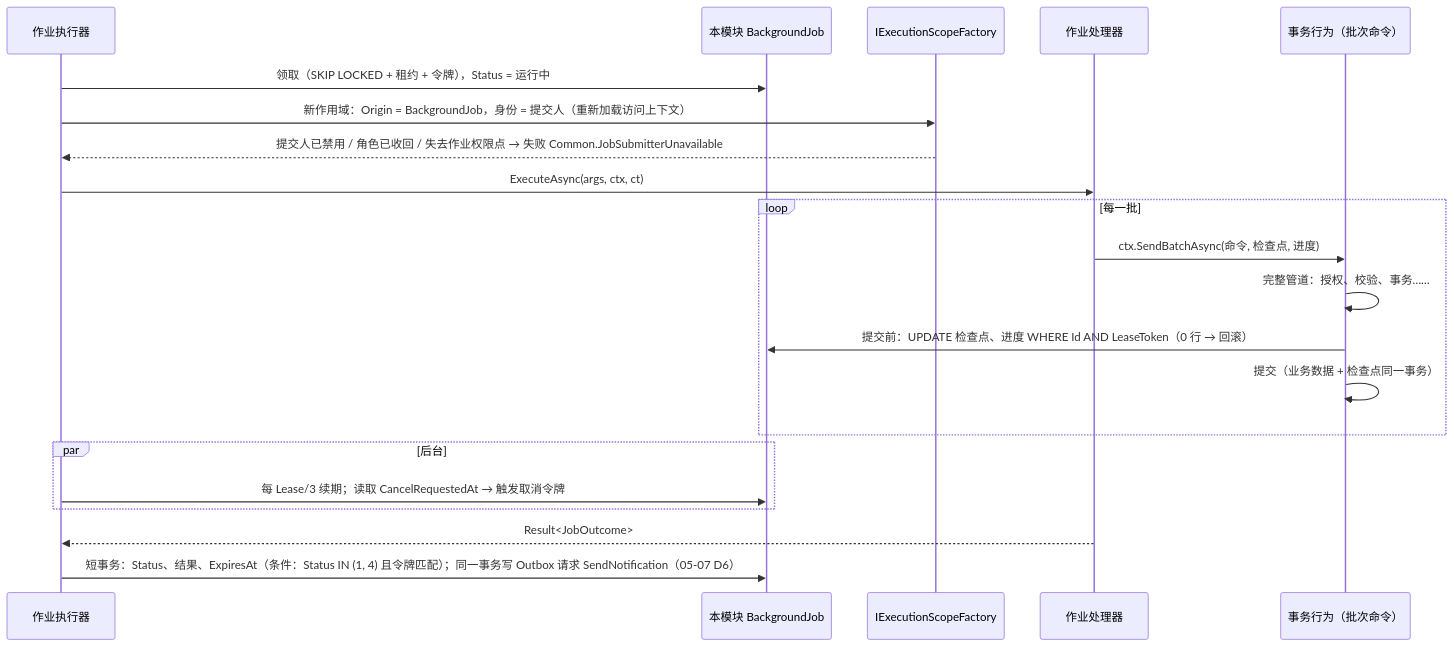
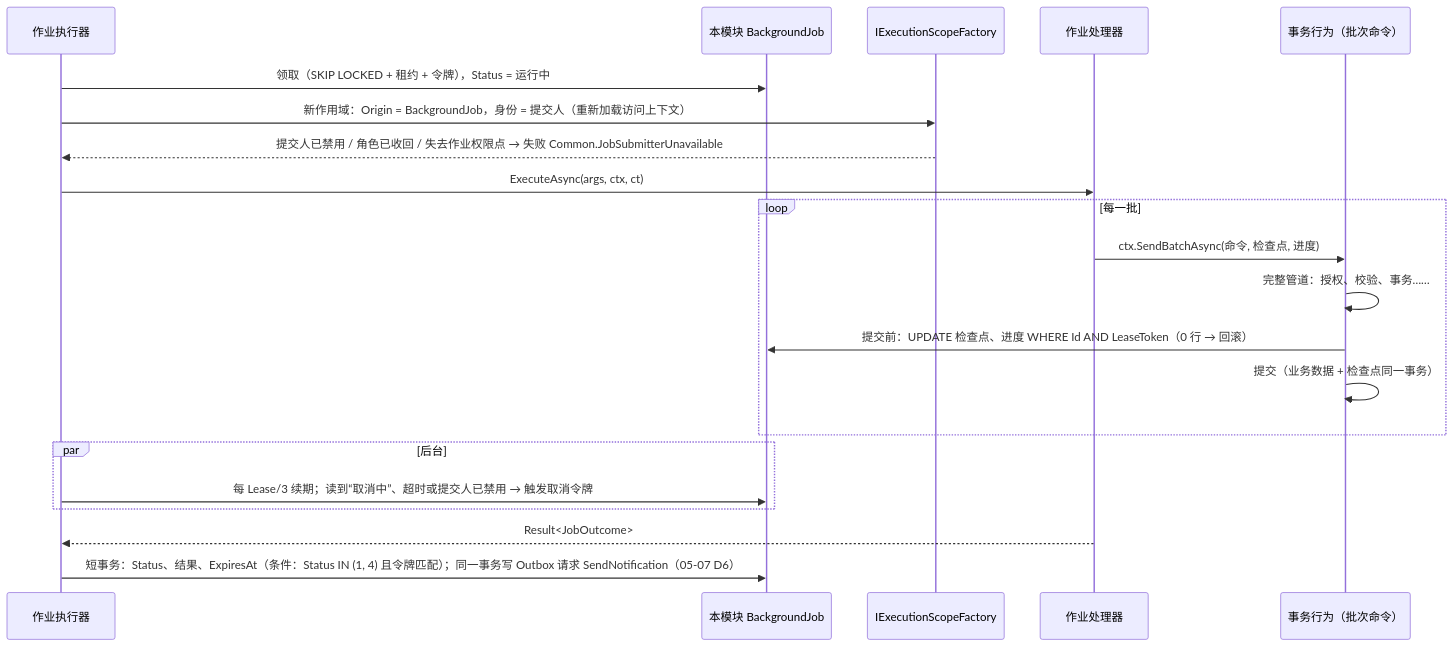
The fourth of 4 diagrams in docs/framework/05-infrastructure/05-08-后台处理.md (gw-hhh/KMIC.Platform), drawn with Mermaid before and after one commit. The commit also changed other lines of this file and 37 other files, not shown here.

````diff
--- a/docs/framework/05-infrastructure/05-08-后台处理.md
+++ b/docs/framework/05-infrastructure/05-08-后台处理.md
@@ -476,23 +476,23 @@
 ```mermaid
 sequenceDiagram
     participant JR as 作业执行器
     participant JT as 本模块 BackgroundJob
     participant S as IExecutionScopeFactory
     participant H as 作业处理器
     participant T as 事务行为（批次命令）
     JR->>JT: 领取（SKIP LOCKED + 租约 + 令牌），Status = 运行中
     JR->>S: 新作用域：Origin = BackgroundJob，身份 = 提交人（重新加载访问上下文）
     S-->>JR: 提交人已禁用 / 角色已收回 / 失去作业权限点 → 失败 Common.JobSubmitterUnavailable
     JR->>H: ExecuteAsync(args, ctx, ct)
     loop 每一批
         H->>T: ctx.SendBatchAsync(命令, 检查点, 进度)
         T->>T: 完整管道：授权、校验、事务……
         T->>JT: 提交前：UPDATE 检查点、进度 WHERE Id AND LeaseToken（0 行 → 回滚）
         T->>T: 提交（业务数据 + 检查点同一事务）
     end
     par 后台
-        JR->>JT: 每 Lease/3 续期；读取 CancelRequestedAt → 触发取消令牌
+        JR->>JT: 每 Lease/3 续期；读到“取消中”、超时或提交人已禁用 → 触发取消令牌
     end
     H-->>JR: Result<JobOutcome>
     JR->>JT: 短事务：Status、结果、ExpiresAt（条件：Status IN (1, 4) 且令牌匹配）；同一事务写 Outbox 请求 SendNotification（05-07 D6）
 ```
````
